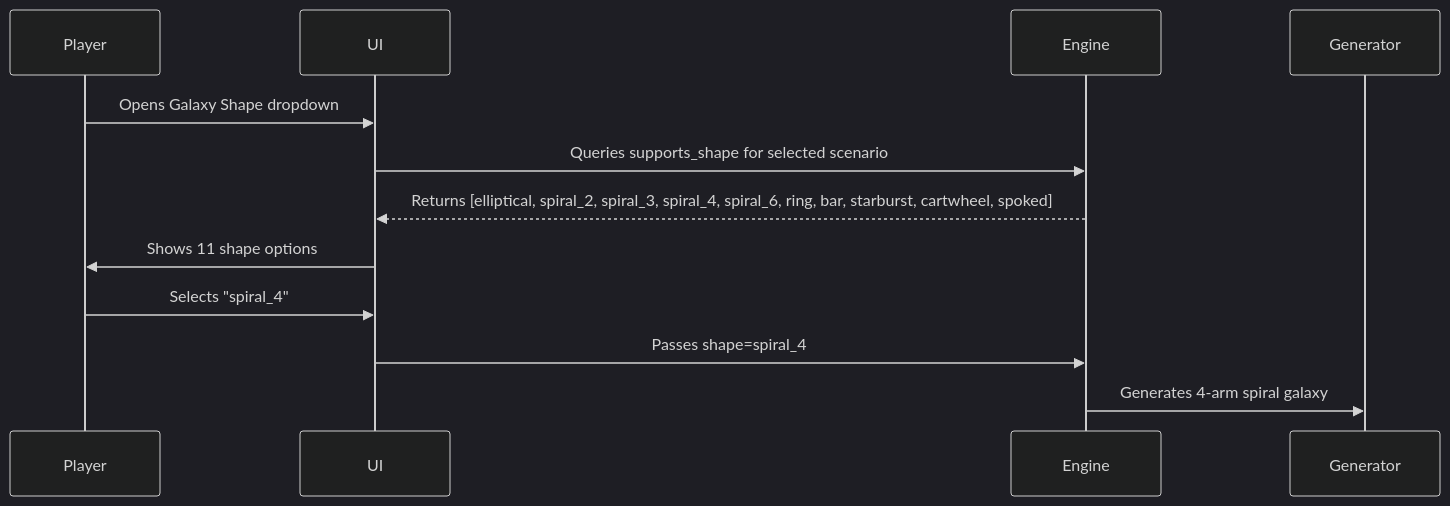
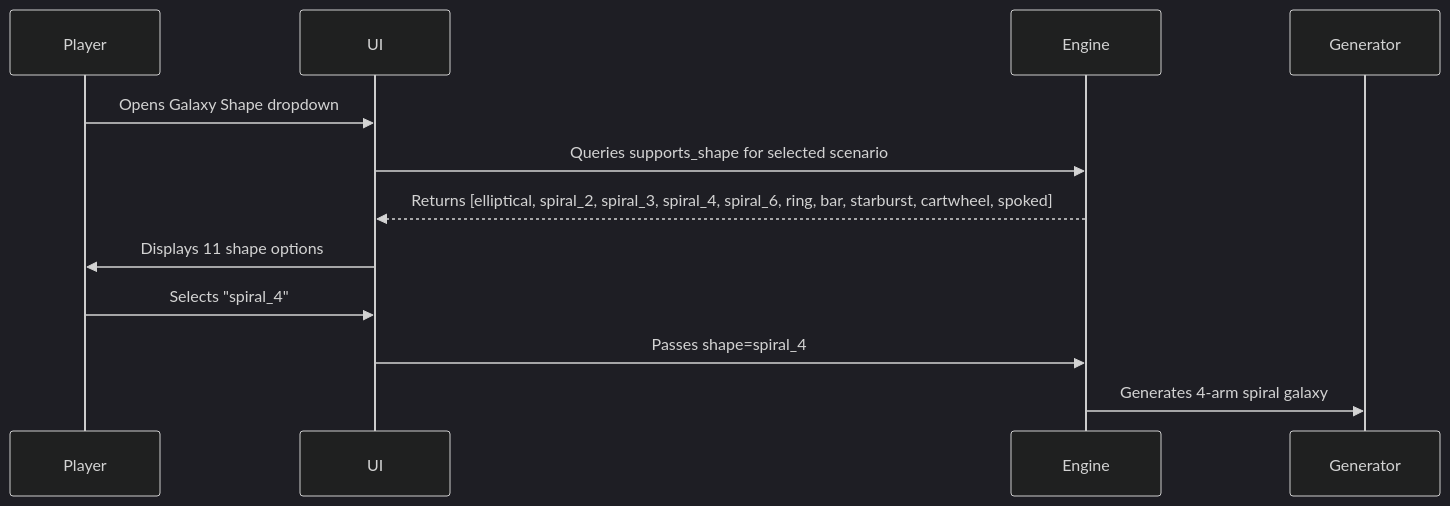
The fifth of 7 diagrams in docs/flows/detail-mutation.md (hmlendea/stellaris-ui-galaxy-sizes), drawn with Mermaid (dark theme) before and after one commit. The commit also changed other lines of this file and 41 other files, not shown here.

````diff
--- a/docs/flows/detail-mutation.md
+++ b/docs/flows/detail-mutation.md
@@ -85,13 +85,13 @@
 ```mermaid
 sequenceDiagram
     participant Player
     participant UI
     participant Engine
     Player->>UI: Opens Galaxy Shape dropdown
     UI->>Engine: Queries supports_shape for selected scenario
     Engine-->>UI: Returns [elliptical, spiral_2, spiral_3, spiral_4, spiral_6, ring, bar, starburst, cartwheel, spoked]
-    UI->>Player: Shows 11 shape options
+    UI->>Player: Displays 11 shape options
     Player->>UI: Selects "spiral_4"
     UI->>Engine: Passes shape=spiral_4
     Engine->>Generator: Generates 4-arm spiral galaxy
 ```
````
